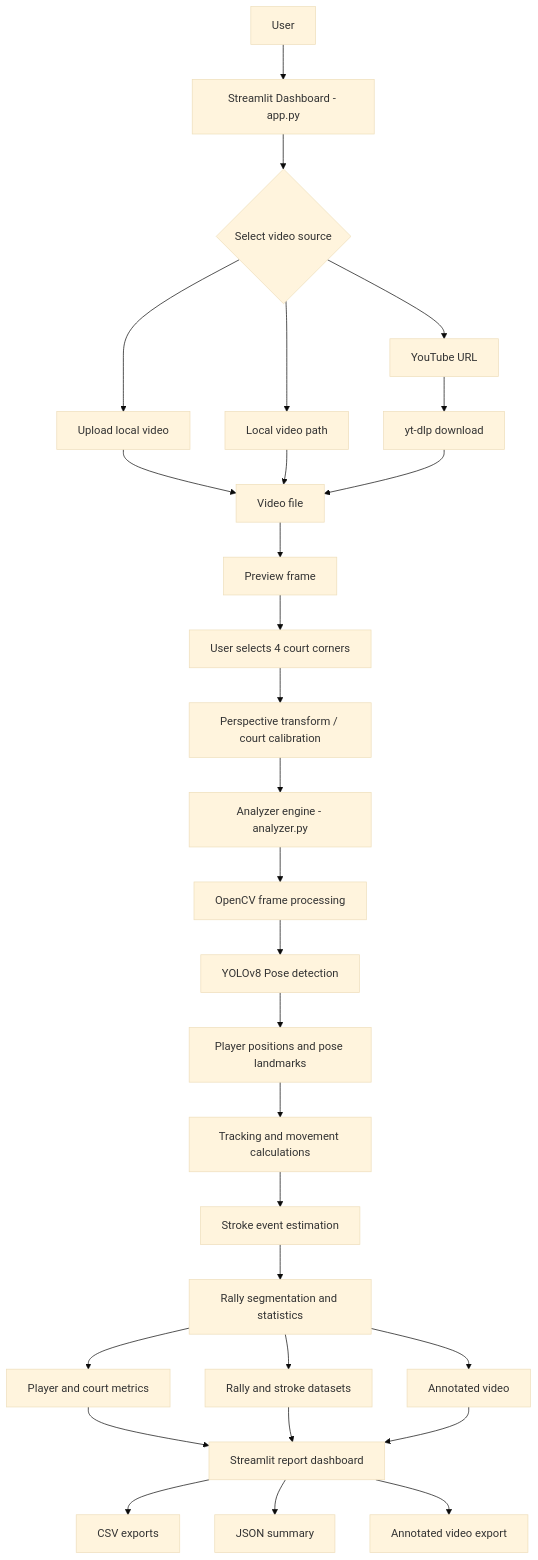
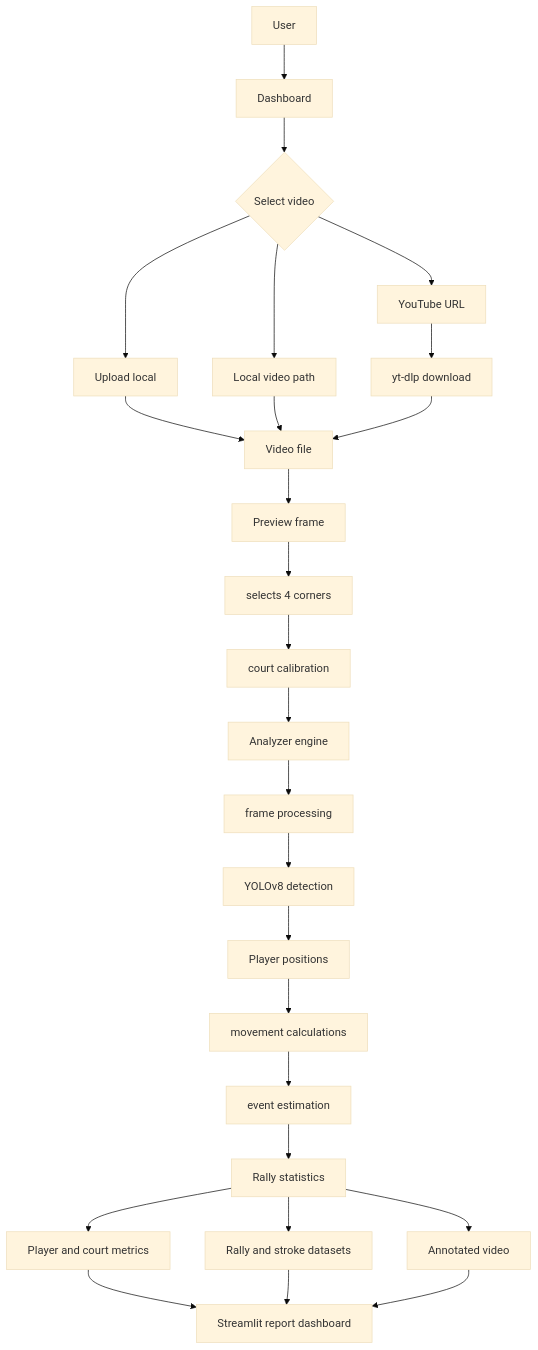
One commit to Sreerajpkj/badminton_analyzer changed the diagram in README.md. Above: the diagram before and after it, drawn with Mermaid (base theme).

Commit message:
Update README.md
updated read me

````diff
--- a/README.md
+++ b/README.md
@@ -54,35 +54,33 @@
 ``` mermaid
 flowchart TD
-    A[User] --> B[Streamlit Dashboard - app.py]
-    B --> C{Select video source}
-    C --> D[Upload local video]
+    A[User] --> B[Dashboard]
+    B --> C{Select video }
+    C --> D[Upload local ]
     C --> E[Local video path]
     C --> F[YouTube URL]
     F --> G[yt-dlp download]
     D --> H[Video file]
     E --> H
     G --> H
 
     H --> I[Preview frame]
-    I --> J[User selects 4 court corners]
-    J --> K[Perspective transform / court calibration]
-    K --> L[Analyzer engine - analyzer.py]
+    I --> J[selects 4 corners]
+    J --> K[court calibration]
+    K --> L[Analyzer engine ]
 
-    L --> M[OpenCV frame processing]
-    M --> N[YOLOv8 Pose detection]
-    N --> O[Player positions and pose landmarks]
-    O --> P[Tracking and movement calculations]
-    P --> Q[Stroke event estimation]
-    Q --> R[Rally segmentation and statistics]
+    L --> M[frame processing]
+    M --> N[YOLOv8 detection]
+    N --> O[Player positions]
+    O --> P[movement calculations]
+    P --> Q[event estimation]
+    Q --> R[Rally statistics]
 
     R --> S[Annotated video]
     R --> T[Player and court metrics]
     R --> U[Rally and stroke datasets]
     T --> V[Streamlit report dashboard]
     U --> V
     S --> V
 
-    V --> W[CSV exports]
-    V --> X[JSON summary]
-    V --> Y[Annotated video export]
+  
 ```
````
